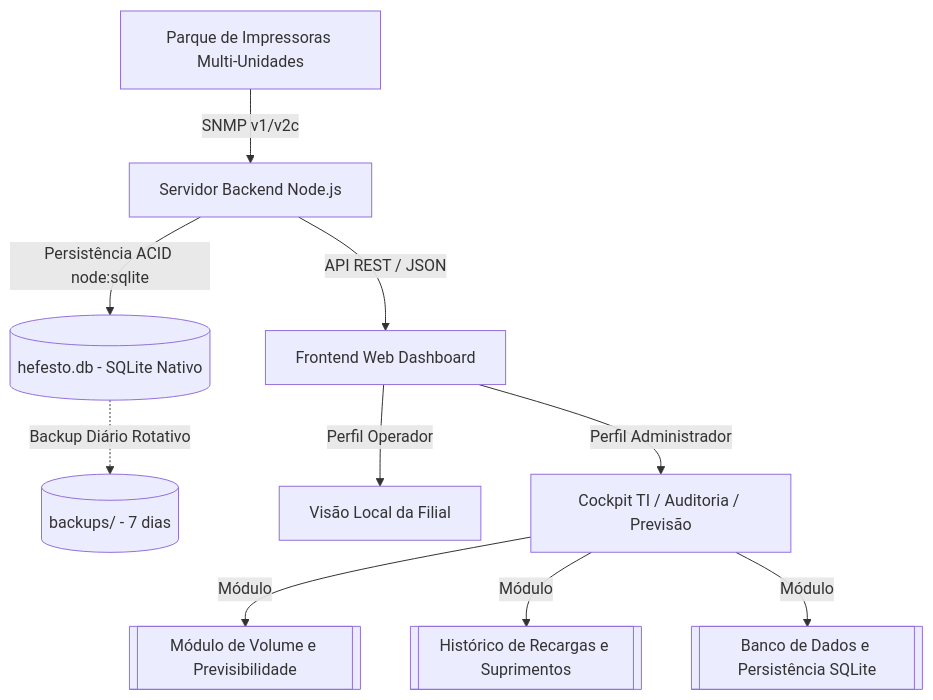
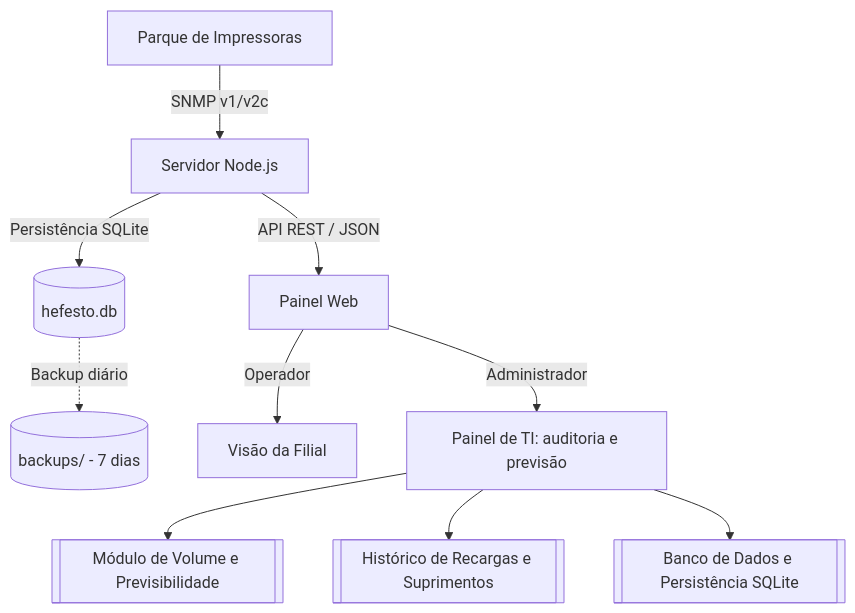
Before and after one commit to SaruAkaza/Hefesto-Print-Monitor: the diagram in Projeto Hefesto.md, drawn with Mermaid. The commit also changed other lines of this file and 12 other files, not shown here.

````diff
--- a/Projeto Hefesto.md
+++ b/Projeto Hefesto.md
@@ -15,12 +11,12 @@
 ```mermaid
 graph TD
-    A[Parque de Impressoras Multi-Unidades] -->|SNMP v1/v2c| B[Servidor Backend Node.js]
-    B -->|Persistência ACID node:sqlite| C[(hefesto.db - SQLite Nativo)]
-    C -.->|Backup Diário Rotativo| CB[(backups/ - 7 dias)]
-    B -->|API REST / JSON| D[Frontend Web Dashboard]
-    D -->|Perfil Operador| E[Visão Local da Filial]
-    D -->|Perfil Administrador| F[Cockpit TI / Auditoria / Previsão]
-    F -->|Módulo| G[[Módulo de Volume e Previsibilidade]]
-    F -->|Módulo| H[[Histórico de Recargas e Suprimentos]]
-    F -->|Módulo| BD[[Banco de Dados e Persistência SQLite]]
+    A[Parque de Impressoras] -->|SNMP v1/v2c| B[Servidor Node.js]
+    B -->|Persistência SQLite| C[(hefesto.db)]
+    C -.->|Backup diário| CB[(backups/ - 7 dias)]
+    B -->|API REST / JSON| D[Painel Web]
+    D -->|Operador| E[Visão da Filial]
+    D -->|Administrador| F[Painel de TI: auditoria e previsão]
+    F --> G[[Módulo de Volume e Previsibilidade]]
+    F --> H[[Histórico de Recargas e Suprimentos]]
+    F --> BD[[Banco de Dados e Persistência SQLite]]
 ```
````
